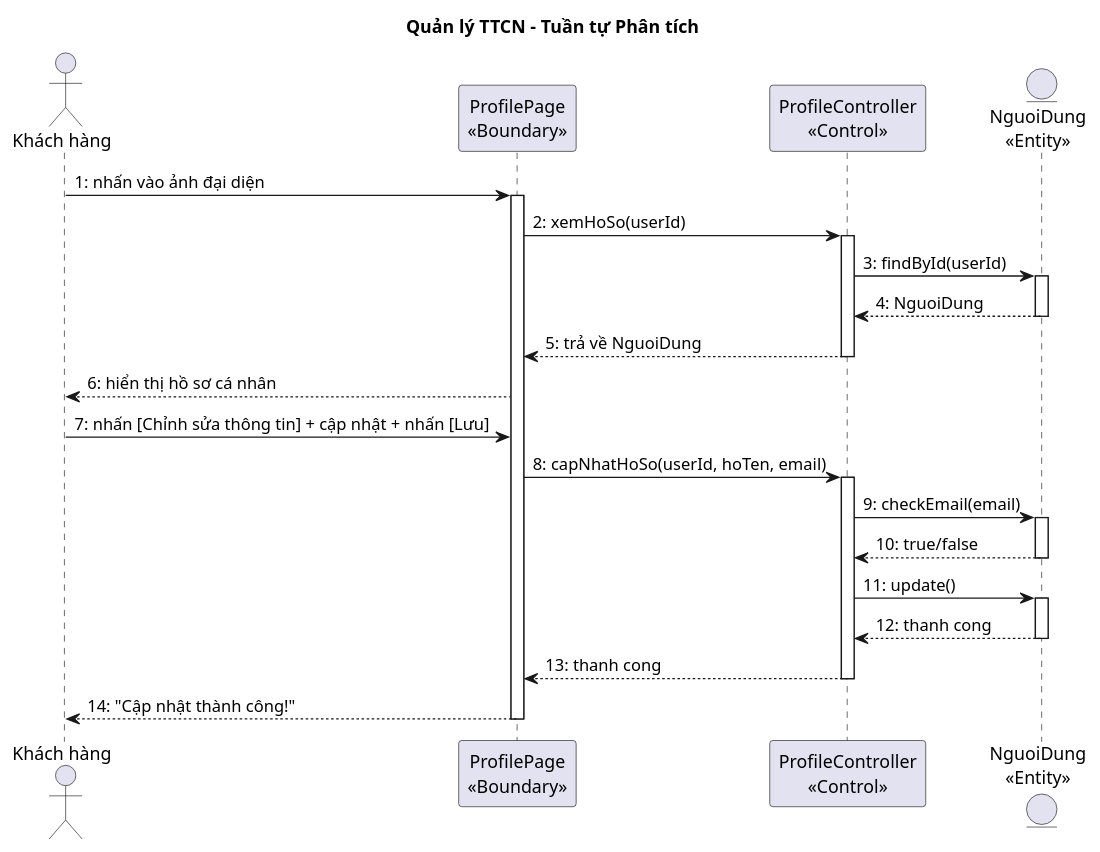
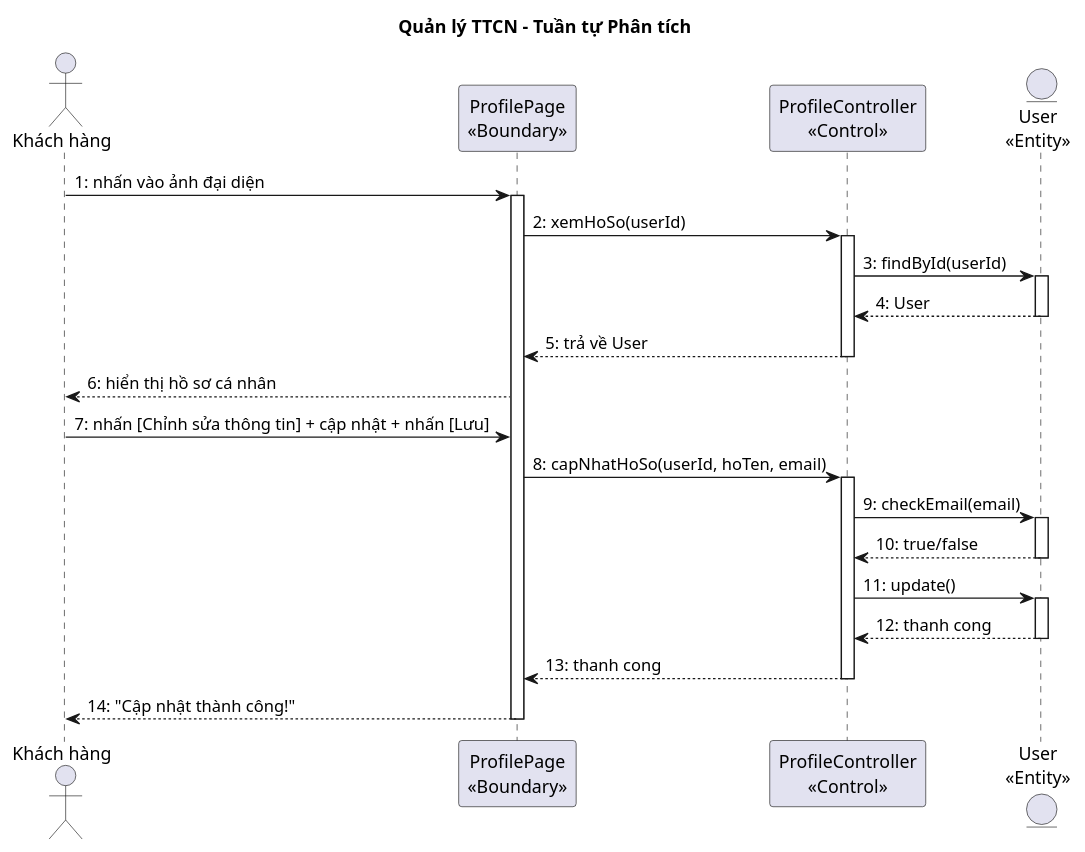
The fourth of 5 diagrams in docs/tabs/section-account-ii.md (thanhtrnnn/cnpm), drawn with PlantUML before and after one commit. The commit also changed other lines of this file and 15 other files, not shown here.

````diff
--- a/docs/tabs/section-account-ii.md
+++ b/docs/tabs/section-account-ii.md
@@ -396,37 +396,37 @@
 ```plantuml
 @startuml
 title Quản lý TTCN – Tuần tự Phân tích
 
 actor "Khách hàng" as KH
 participant "ProfilePage\n<<Boundary>>" as B1
 participant "ProfileController\n<<Control>>" as C1
-entity "NguoiDung\n<<Entity>>" as E1
+entity "User\n<<Entity>>" as E1
 
 KH -> B1 : 1: nhấn vào ảnh đại diện
 activate B1
 B1 -> C1 : 2: xemHoSo(userId)
 activate C1
 C1 -> E1 : 3: findById(userId)
 activate E1
-E1 --> C1 : 4: NguoiDung
+E1 --> C1 : 4: User
 deactivate E1
-C1 --> B1 : 5: trả về NguoiDung
+C1 --> B1 : 5: trả về User
 deactivate C1
 B1 --> KH : 6: hiển thị hồ sơ cá nhân
 KH -> B1 : 7: nhấn [Chỉnh sửa thông tin] + cập nhật + nhấn [Lưu]
 B1 -> C1 : 8: capNhatHoSo(userId, hoTen, email)
 activate C1
 C1 -> E1 : 9: checkEmail(email)
 activate E1
 E1 --> C1 : 10: true/false
 deactivate E1
 C1 -> E1 : 11: update()
 activate E1
 E1 --> C1 : 12: thanh cong
 deactivate E1
 C1 --> B1 : 13: thanh cong
 deactivate C1
 B1 --> KH : 14: "Cập nhật thành công!"
 deactivate B1
 @enduml
 ```
````
